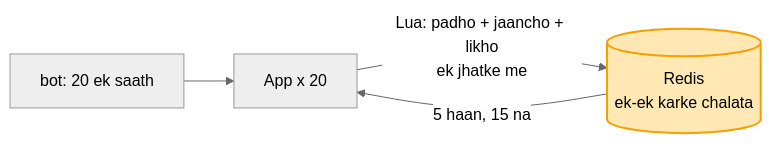
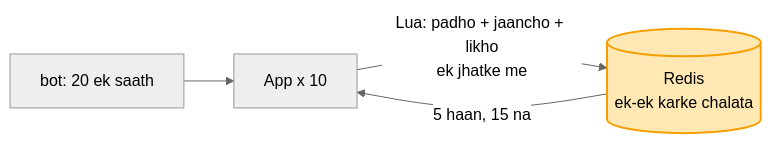
One commit to ArpanMaheshwari144/Prep changed the fourth of 10 diagrams in 04_HLD/SYSTEM_DESIGNS/02_rate_limiter/02_rate_limiter.md. Above: the diagram before and after it, drawn with Mermaid (neutral theme). The commit also changed other lines of this file and 9 other files, not shown here.

Commit message:
audit: 01-12 ki seedhi galtiyan (number, naam, diagram teer, chhote shabd, Redis WAIT)

````diff
--- a/04_HLD/SYSTEM_DESIGNS/02_rate_limiter/02_rate_limiter.md
+++ b/04_HLD/SYSTEM_DESIGNS/02_rate_limiter/02_rate_limiter.md
@@ -150,7 +150,7 @@
 ```mermaid
 flowchart LR
-    B["bot: 20 ek saath"] --> S["App x 20"]
+    B["bot: 20 ek saath"] --> S["App x 10"]
     S -- "Lua: padho + jaancho + likho<br/>ek jhatke me" --> R[("Redis<br/>ek-ek karke chalata")]
     R -- "5 haan, 15 na" --> S
     style R fill:#ffe8b3,stroke:#f59f00,stroke-width:2px,color:#000
 ```
````
